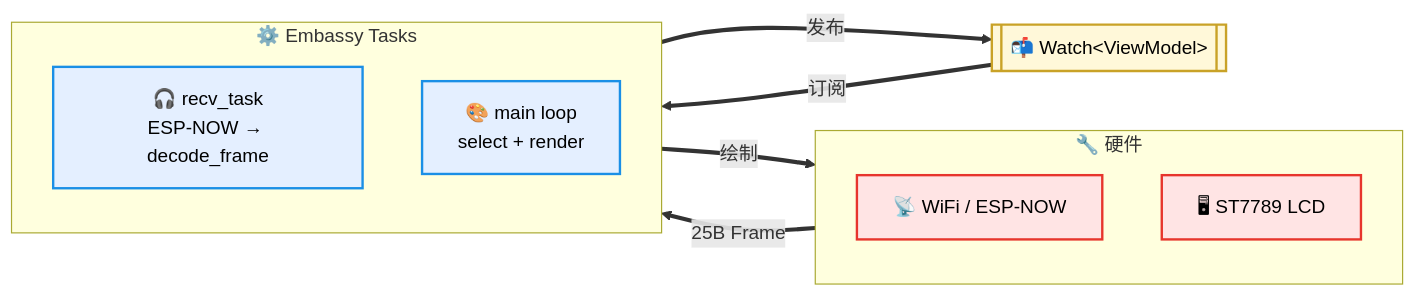
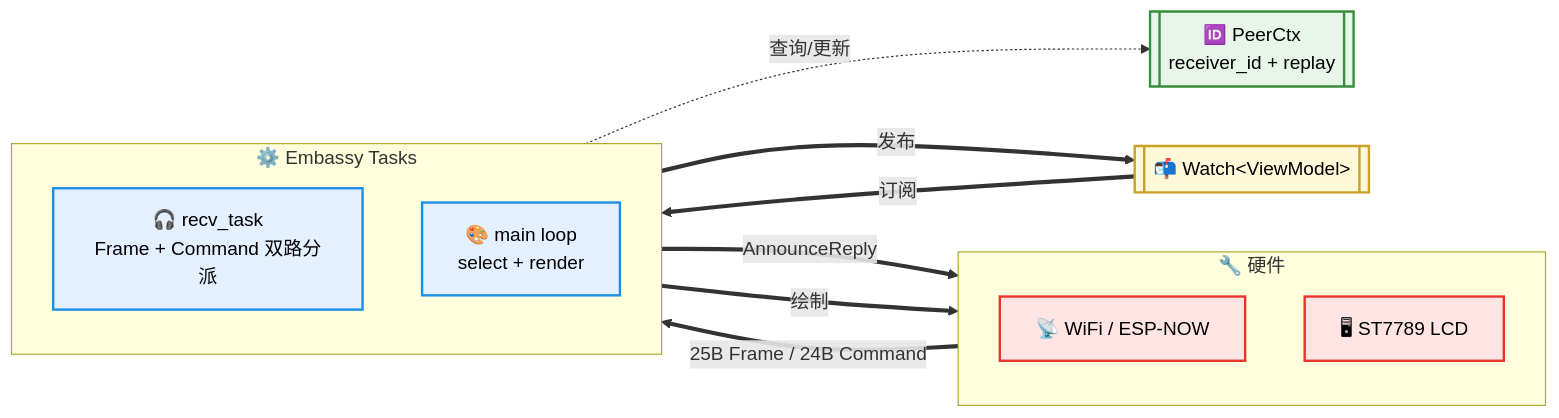
The first of 2 diagrams in README.md (lf-wxp/c6), drawn with Mermaid before and after one commit. The commit also changed other lines of this file, not shown here.

First line of the commit message:
docs: update README with peer module, Command handling and anti-replay

````diff
--- a/README.md
+++ b/README.md
@@ -155,28 +165,33 @@
 ```mermaid
 flowchart LR
     subgraph HW["🔧 硬件"]
         direction TB
         WIFI["📡 WiFi / ESP-NOW"]
         LCD["🖥 ST7789 LCD"]
     end
 
     subgraph Tasks["⚙️ Embassy Tasks"]
         direction TB
-        Recv["🎧 recv_task<br/>ESP-NOW → decode_frame"]
+        Recv["🎧 recv_task<br/>Frame + Command 双路分派"]
         Main["🎨 main loop<br/>select + render"]
     end
 
+    Peer[["🆔 PeerCtx<br/>receiver_id + replay"]]
     Watch[["📬 Watch&lt;ViewModel&gt;"]]
 
-    WIFI ==>|25B Frame| Recv
+    WIFI ==>|25B Frame / 24B Command| Recv
+    Recv -.->|查询/更新| Peer
     Recv ==>|发布| Watch
+    Recv ==>|AnnounceReply| WIFI
     Watch ==>|订阅| Main
     Main ==>|绘制| LCD
 
     classDef hw fill:#ffe4e4,stroke:#e7352c,stroke-width:2px,color:#000
     classDef task fill:#e4efff,stroke:#1a8fe6,stroke-width:2px,color:#000
     classDef pipe fill:#fff8d9,stroke:#c9a227,stroke-width:2px,color:#000
+    classDef peer fill:#e8f5e9,stroke:#388e3c,stroke-width:2px,color:#000
     class WIFI,LCD hw
     class Recv,Main task
     class Watch pipe
+    class Peer peer
 ```
````
